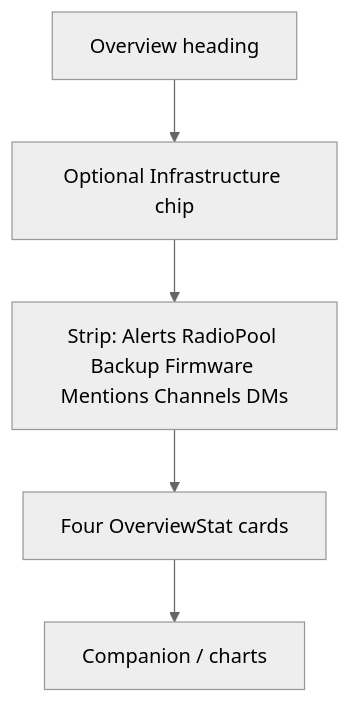
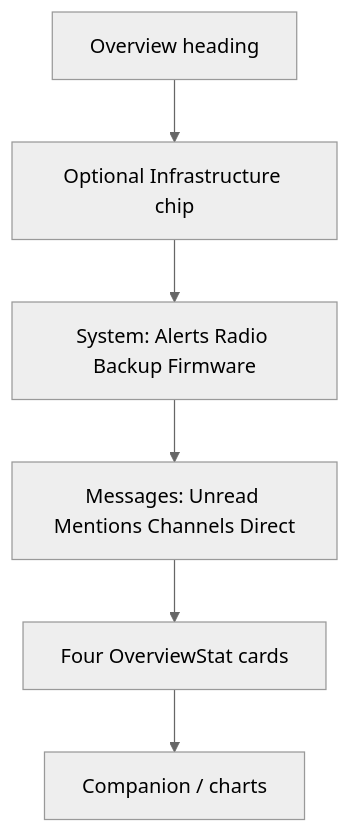
Before and after one commit to digitalexpl0it/MetisMesh-HQ: the diagram in .cursor/plans/overview_kpi_strip_a785827d.plan.md, drawn with Mermaid (neutral theme). The commit also changed other lines of this file and 4 other files, not shown here.

````diff
--- a/.cursor/plans/overview_kpi_strip_a785827d.plan.md
+++ b/.cursor/plans/overview_kpi_strip_a785827d.plan.md
@@ -30,9 +39,10 @@
 ```mermaid
 flowchart TD
   heading[Overview heading]
   infra[Optional Infrastructure chip]
-  strip[Strip: Alerts RadioPool Backup Firmware Mentions Channels DMs]
+  row1[System: Alerts Radio Backup Firmware]
+  row2[Messages: Unread Mentions Channels Direct]
   stats[Four OverviewStat cards]
   hero[Companion / charts]
-  heading --> infra --> strip --> stats --> hero
+  heading --> infra --> row1 --> row2 --> stats --> hero
 ```
````
